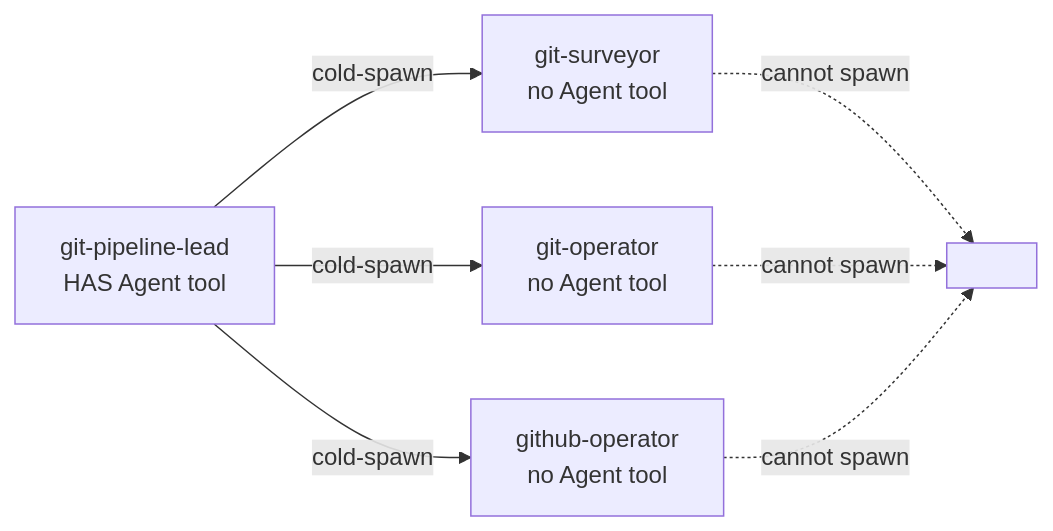
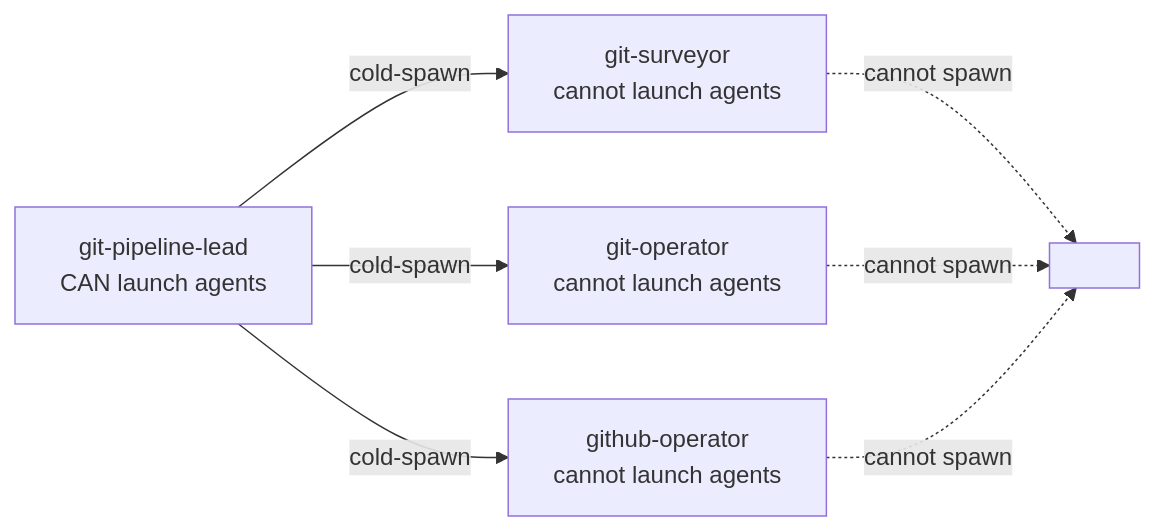
One commit to Viindoo/odoo-mcp-client changed the second of 3 diagrams in plugins/git-toolkit/docs/architecture.md. Above: the diagram before and after it, drawn with Mermaid. The commit also changed other lines of this file and 58 other files, not shown here.

````diff
--- a/plugins/git-toolkit/docs/architecture.md
+++ b/plugins/git-toolkit/docs/architecture.md
@@ -49,9 +49,9 @@
 ```mermaid
 flowchart LR
-    L[git-pipeline-lead<br/>HAS Agent tool] -->|cold-spawn| S[git-surveyor<br/>no Agent tool]
-    L -->|cold-spawn| O[git-operator<br/>no Agent tool]
-    L -->|cold-spawn| G[github-operator<br/>no Agent tool]
+    L[git-pipeline-lead<br/>CAN launch agents] -->|cold-spawn| S[git-surveyor<br/>cannot launch agents]
+    L -->|cold-spawn| O[git-operator<br/>cannot launch agents]
+    L -->|cold-spawn| G[github-operator<br/>cannot launch agents]
     S -. cannot spawn .-> X[ ]
     O -. cannot spawn .-> X
     G -. cannot spawn .-> X
 ```
````
